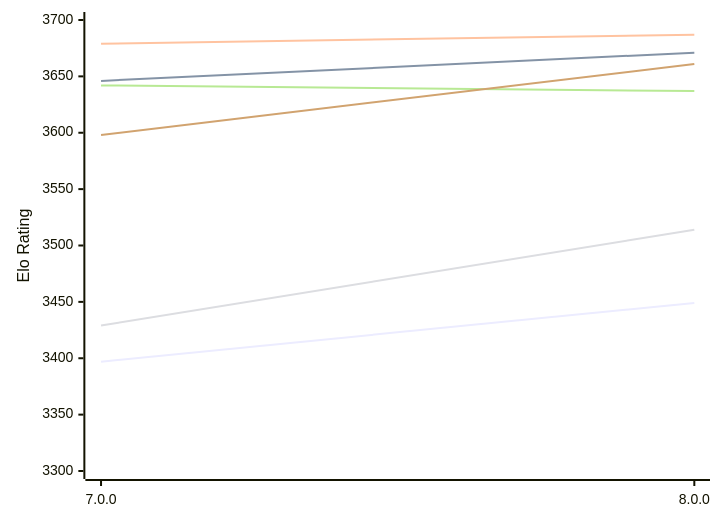
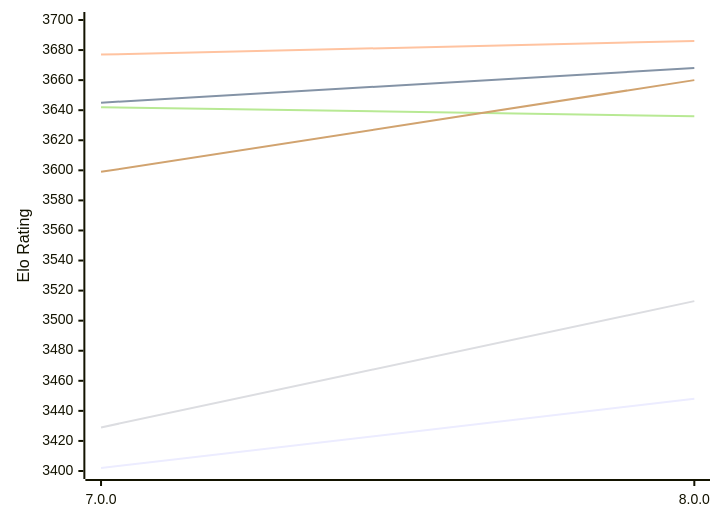
The first of 2 diagrams in engines/PlentyChess.md (computer-chess-index/cci), drawn with Mermaid before and after one commit. The commit also changed other lines of this file, not shown here.

Commit message:
Update CCI Ratings (ELO VLTC) - 2026-11-27

````diff
--- a/engines/PlentyChess.md
+++ b/engines/PlentyChess.md
@@ -55,12 +55,12 @@
 ```mermaid
 %%{init: {"theme":"base","themeVariables":{"seriesColors:['#a3a3a3','#222221','#faa371']}}}%%
 xychart-beta
   x-axis ["7.0.0", "8.0.0"]
-  y-axis "Elo Rating" 3300 --> 3700
-  line "E1: STC (8.0+0.08s)" [3397, 3449]
-  line "E1: LTC (60.0+0.60s)" [3646, 3671]
-  line "E1: VLTC (2m24s+1.12s)" [3679, 3687]
-  line "P1: STC (8.0+0.08s)" [3429, 3514]
-  line "P1: LTC (60.0+0.60s)" [3642, 3637]
-  line "P1: VLTC (2m24s+1.12s)" [3598, 3661]
+  y-axis "Elo Rating" 3400 --> 3700
+  line "E1: STC (8.0+0.08s)" [3402, 3448]
+  line "E1: LTC (60.0+0.60s)" [3645, 3668]
+  line "E1: VLTC (2m24s+1.12s)" [3677, 3686]
+  line "P1: STC (8.0+0.08s)" [3429, 3513]
+  line "P1: LTC (60.0+0.60s)" [3642, 3636]
+  line "P1: VLTC (2m24s+1.12s)" [3599, 3660]
 ```
````
